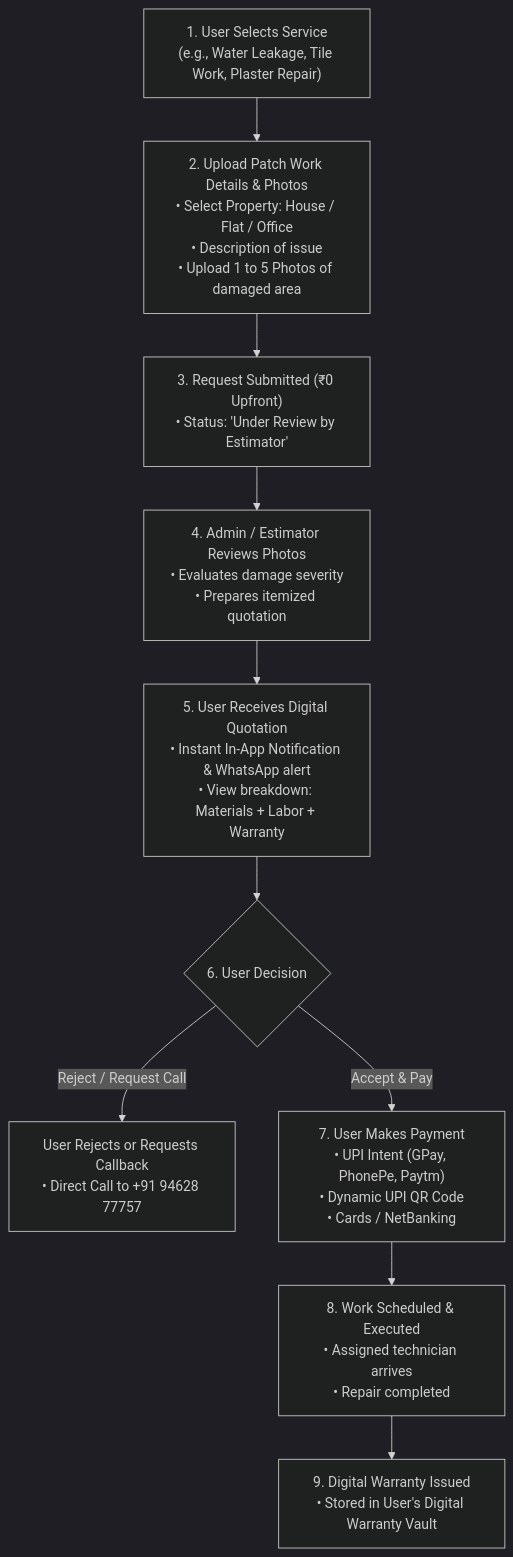
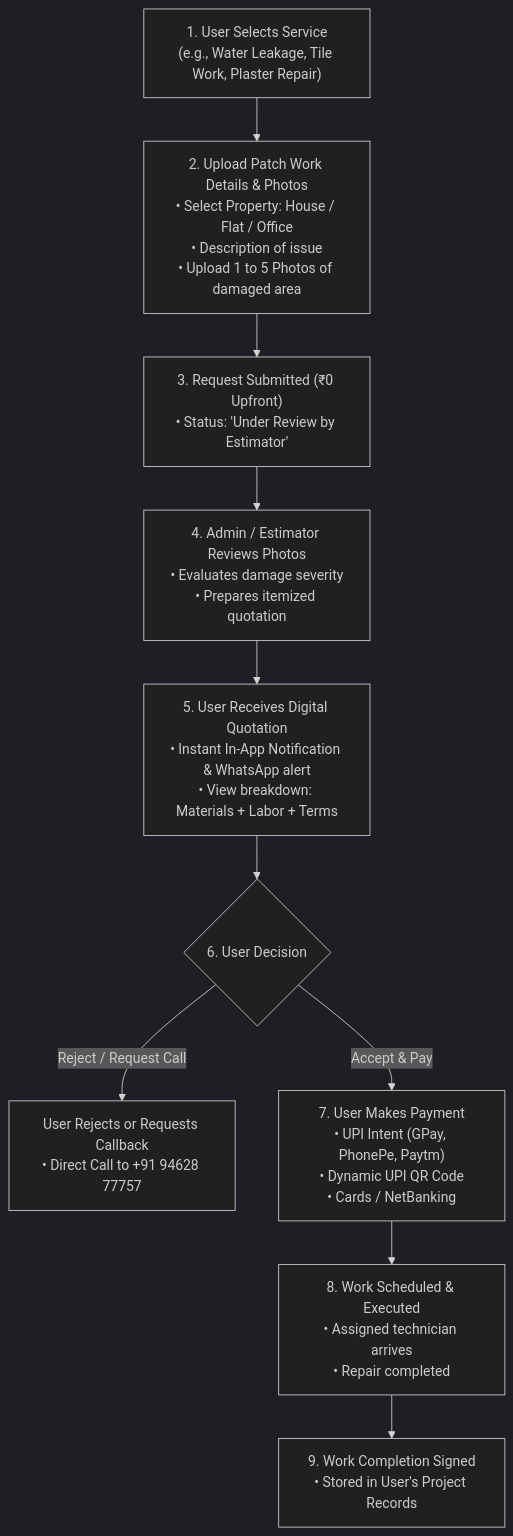
The first of 2 diagrams in ARCHITECTURE.md (piyush1506/Hipro-app), drawn with Mermaid (dark theme) before and after one commit. The commit also changed other lines of this file and 24 other files, not shown here.

````diff
--- a/ARCHITECTURE.md
+++ b/ARCHITECTURE.md
@@ -19,16 +19,16 @@
 ```mermaid
 flowchart TD
     A["1. User Selects Service<br/>(e.g., Water Leakage, Tile Work, Plaster Repair)"] --> B["2. Upload Patch Work Details & Photos<br/>• Select Property: House / Flat / Office<br/>• Description of issue<br/>• Upload 1 to 5 Photos of damaged area"]
     B --> C["3. Request Submitted (₹0 Upfront)<br/>• Status: 'Under Review by Estimator'"]
     
     C --> D["4. Admin / Estimator Reviews Photos<br/>• Evaluates damage severity<br/>• Prepares itemized quotation"]
     
-    D --> E["5. User Receives Digital Quotation<br/>• Instant In-App Notification & WhatsApp alert<br/>• View breakdown: Materials + Labor + Warranty"]
+    D --> E["5. User Receives Digital Quotation<br/>• Instant In-App Notification & WhatsApp alert<br/>• View breakdown: Materials + Labor + Terms"]
     
     E --> F{"6. User Decision"}
     F -->|Reject / Request Call| G["User Rejects or Requests Callback<br/>• Direct Call to +91 94628 77757"]
     F -->|Accept & Pay| H["7. User Makes Payment<br/>• UPI Intent (GPay, PhonePe, Paytm)<br/>• Dynamic UPI QR Code<br/>• Cards / NetBanking"]
     
     H --> I["8. Work Scheduled & Executed<br/>• Assigned technician arrives<br/>• Repair completed"]
-    I --> J["9. Digital Warranty Issued<br/>• Stored in User's Digital Warranty Vault"]
+    I --> J["9. Work Completion Signed<br/>• Stored in User's Project Records"]
 ```
````
